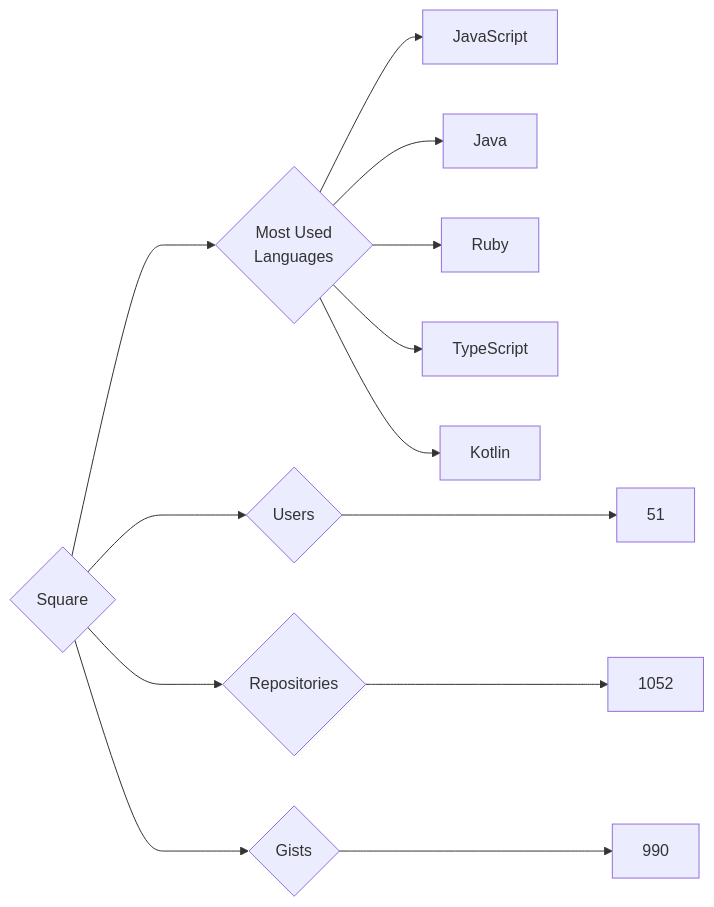
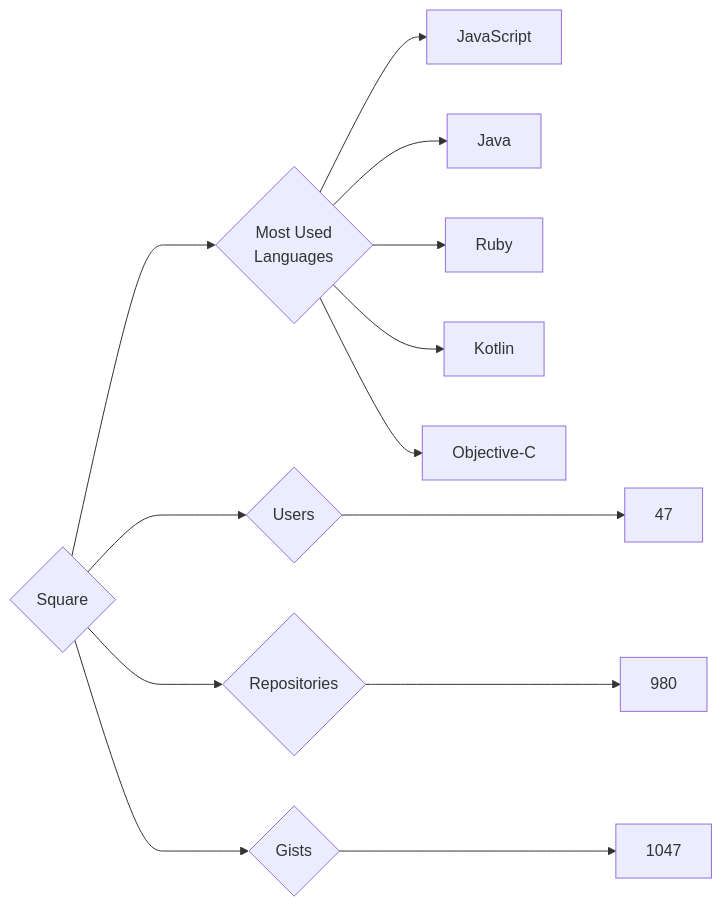
The diagram in targets/Square/README.md (trickest/insiders), drawn with Mermaid before and after one commit. The commit also changed 964 other files, not shown here.

````diff
--- a/targets/Square/README.md
+++ b/targets/Square/README.md
@@ -3,13 +3,13 @@
 ```mermaid
 graph LR
 COMPANY_NAME{Square}
-COMPANY_NAME ---> U{Users} ---> UN[51]
-COMPANY_NAME ---> R{Repositories} ---> RN[1052]
-COMPANY_NAME ---> G{Gists} ---> GN[990]
+COMPANY_NAME ---> U{Users} ---> UN[47]
+COMPANY_NAME ---> R{Repositories} ---> RN[980]
+COMPANY_NAME ---> G{Gists} ---> GN[1047]
 COMPANY_NAME ---> ML{Most Used<br>Languages}
 ML --> JavaScript[JavaScript]
 ML --> Java[Java]
 ML --> Ruby[Ruby]
-ML --> TypeScript[TypeScript]
 ML --> Kotlin[Kotlin]
+ML --> Objective-C[Objective-C]
 ```
````
